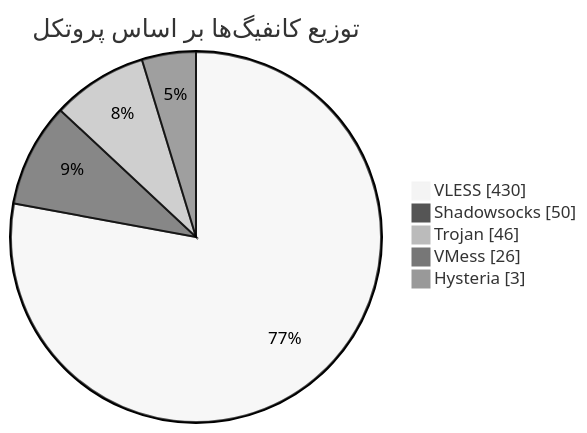
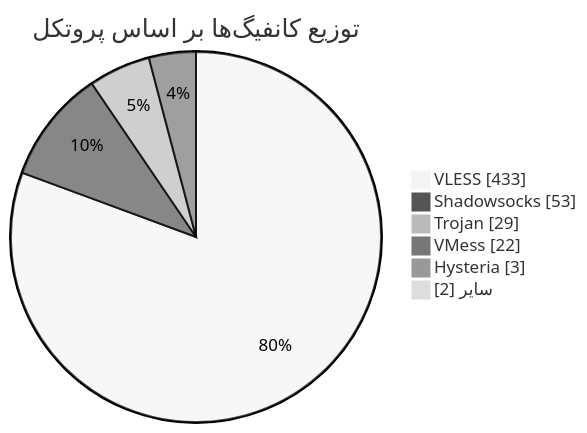
One commit to Arian-Alijani/Somthing changed the diagram in README.md. Above: the diagram before and after it, drawn with Mermaid (neutral theme). The commit also changed other lines of this file and 87 other files, not shown here.

````diff
--- a/README.md
+++ b/README.md
@@ -47,9 +48,10 @@
 ```mermaid
 pie showData
     title توزیع کانفیگ‌ها بر اساس پروتکل
-    "VLESS" : 430
-    "Shadowsocks" : 50
-    "Trojan" : 46
-    "VMess" : 26
+    "VLESS" : 433
+    "Shadowsocks" : 53
+    "Trojan" : 29
+    "VMess" : 22
     "Hysteria" : 3
+    "سایر" : 2
 ```
````
